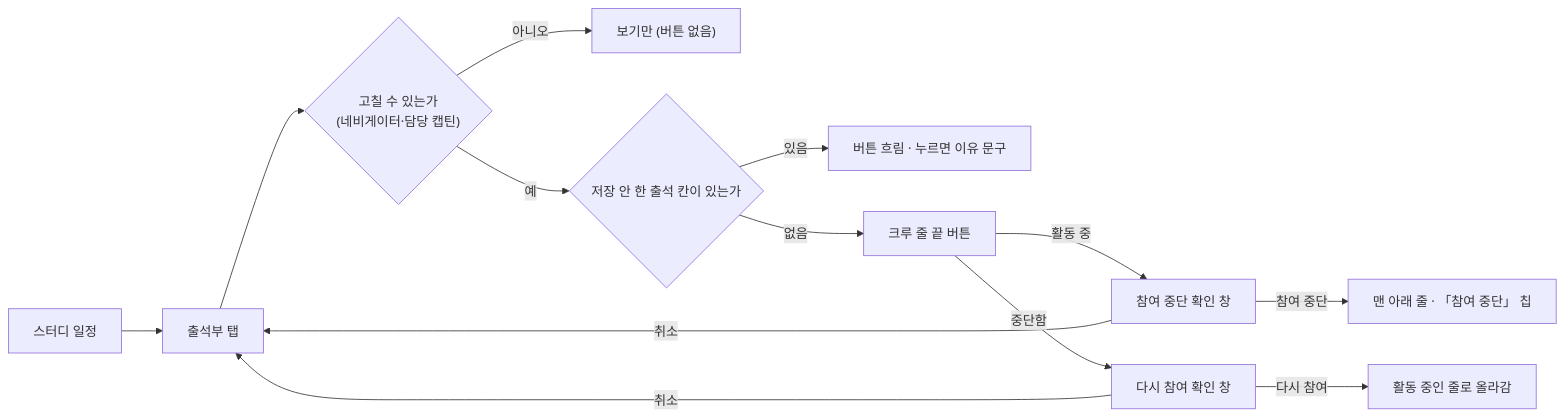
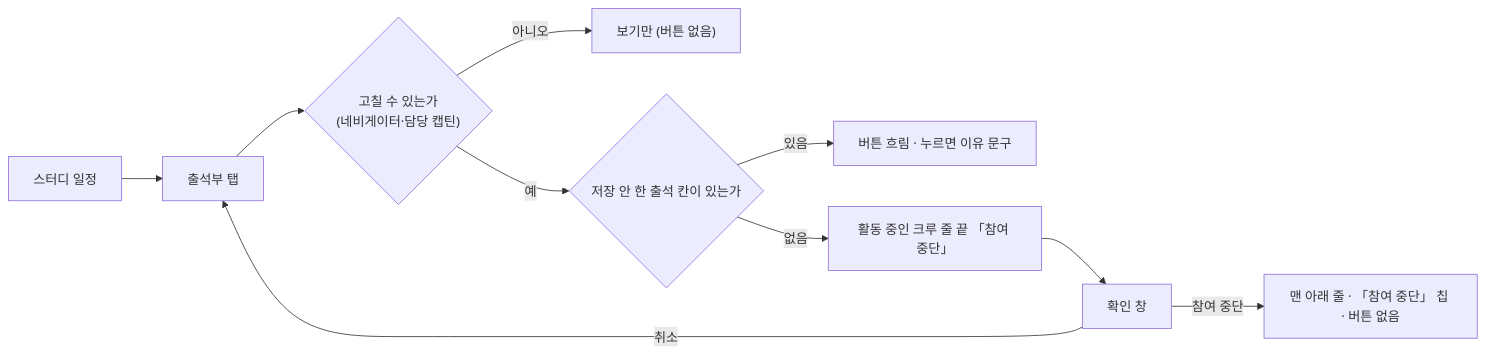
Before and after one commit to StudyClub-PlusPlus/studyclub-engineering: the first of 2 diagrams in 01-planning/stories/navigator-withdraw-participant/PRD.md, drawn with Mermaid. The commit also changed other lines of this file and 9 other files, not shown here.

````diff
--- a/01-planning/stories/navigator-withdraw-participant/PRD.md
+++ b/01-planning/stories/navigator-withdraw-participant/PRD.md
@@ -11,15 +11,12 @@
 ```mermaid
 flowchart LR
   A["스터디 일정"] --> B["출석부 탭"]
   B --> C{"고칠 수 있는가<br>(네비게이터·담당 캡틴)"}
   C -->|아니오| D["보기만 (버튼 없음)"]
   C -->|예| E{"저장 안 한 출석 칸이 있는가"}
   E -->|있음| F["버튼 흐림 · 누르면 이유 문구"]
-  E -->|없음| G["크루 줄 끝 버튼"]
-  G -->|활동 중| H["참여 중단 확인 창"]
-  G -->|중단함| I["다시 참여 확인 창"]
-  H -->|참여 중단| J["맨 아래 줄 · 「참여 중단」 칩"]
-  I -->|다시 참여| K["활동 중인 줄로 올라감"]
+  E -->|없음| G["활동 중인 크루 줄 끝 「참여 중단」"]
+  G --> H["확인 창"]
+  H -->|참여 중단| J["맨 아래 줄 · 「참여 중단」 칩 · 버튼 없음"]
   H -->|취소| B
-  I -->|취소| B
 ```
````
